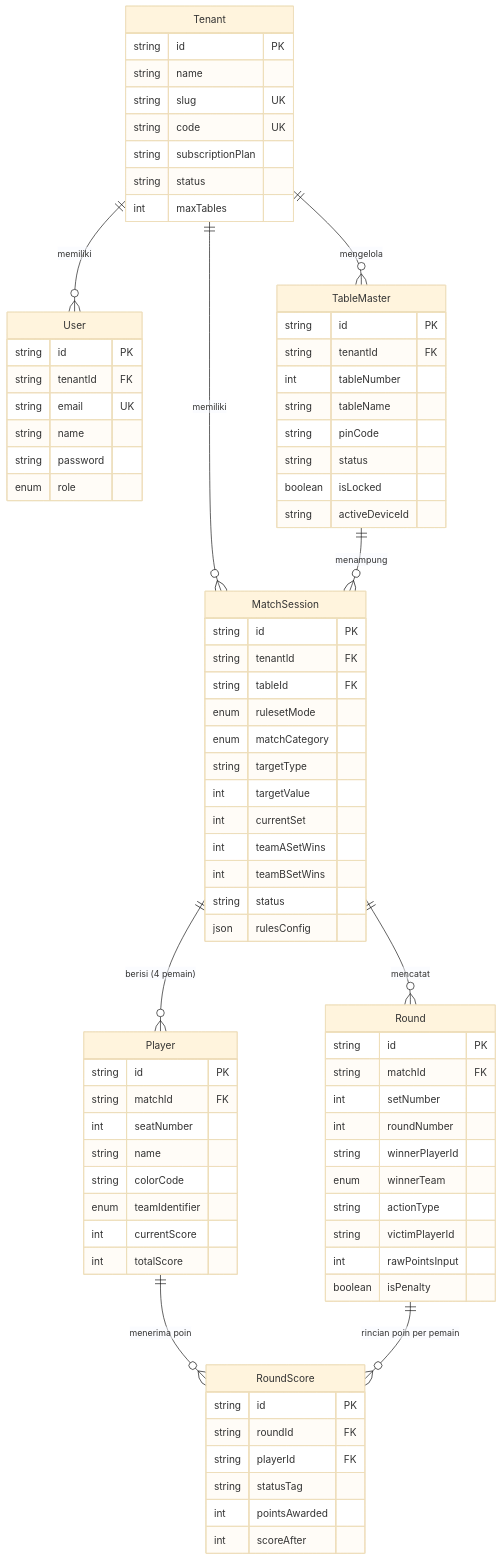
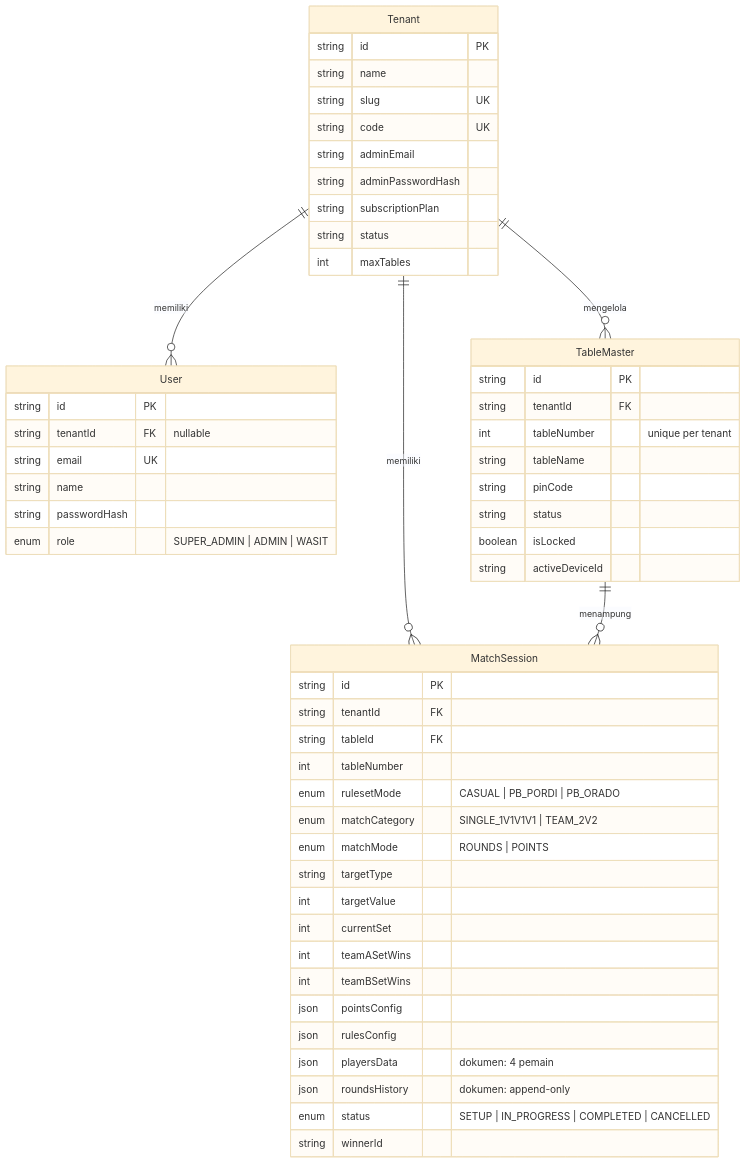
One commit to azwaranas23/siredom changed the second of 3 diagrams in docs/ARCHITECTURE.md. Above: the diagram before and after it, drawn with Mermaid (base theme). The commit also changed other lines of this file and 45 other files, not shown here.

````diff
--- a/docs/ARCHITECTURE.md
+++ b/docs/ARCHITECTURE.md
@@ -81,20 +142,15 @@
     Tenant ||--o{ User : "memiliki"
     Tenant ||--o{ TableMaster : "mengelola"
     Tenant ||--o{ MatchSession : "memiliki"
-
     TableMaster ||--o{ MatchSession : "menampung"
-
-    MatchSession ||--o{ Player : "berisi (4 pemain)"
-    MatchSession ||--o{ Round : "mencatat"
-
-    Player ||--o{ RoundScore : "menerima poin"
-    Round ||--o{ RoundScore : "rincian poin per pemain"
 
     Tenant {
         string id PK
         string name
         string slug UK
         string code UK
+        string adminEmail
+        string adminPasswordHash
         string subscriptionPlan
         string status
         int maxTables
@@ -102,17 +158,17 @@
 
     User {
         string id PK
-        string tenantId FK
+        string tenantId FK "nullable"
         string email UK
         string name
-        string password
-        enum role
+        string passwordHash
+        enum role "SUPER_ADMIN | ADMIN | WASIT"
     }
 
     TableMaster {
         string id PK
         string tenantId FK
-        int tableNumber
+        int tableNumber "unique per tenant"
         string tableName
         string pinCode
         string status
@@ -124,47 +180,20 @@
         string id PK
         string tenantId FK
         string tableId FK
-        enum rulesetMode
-        enum matchCategory
+        int tableNumber
+        enum rulesetMode "CASUAL | PB_PORDI | PB_ORADO"
+        enum matchCategory "SINGLE_1V1V1V1 | TEAM_2V2"
+        enum matchMode "ROUNDS | POINTS"
         string targetType
         int targetValue
         int currentSet
         int teamASetWins
         int teamBSetWins
-        string status
+        json pointsConfig
         json rulesConfig
-    }
-
-    Player {
-        string id PK
-        string matchId FK
-        int seatNumber
-        string name
-        string colorCode
-        enum teamIdentifier
-        int currentScore
-        int totalScore
-    }
-
-    Round {
-        string id PK
-        string matchId FK
-        int setNumber
-        int roundNumber
-        string winnerPlayerId
-        enum winnerTeam
-        string actionType
-        string victimPlayerId
-        int rawPointsInput
-        boolean isPenalty
-    }
-
-    RoundScore {
-        string id PK
-        string roundId FK
-        string playerId FK
-        string statusTag
-        int pointsAwarded
-        int scoreAfter
+        json playersData "dokumen: 4 pemain"
+        json roundsHistory "dokumen: append-only"
+        enum status "SETUP | IN_PROGRESS | COMPLETED | CANCELLED"
+        string winnerId
     }
 ```
````
